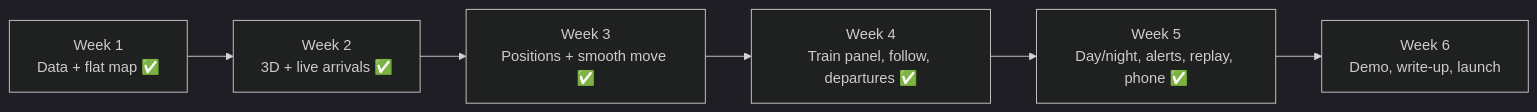
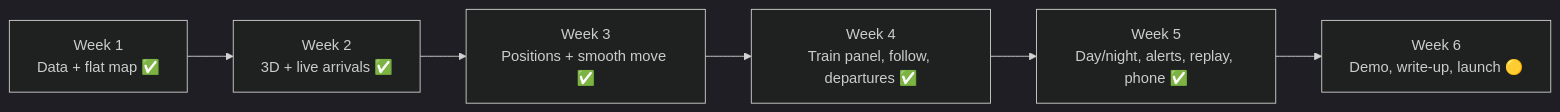
Before and after one commit to GOURAVPY/3d-UK-: the fourth of 4 diagrams in docs/FLOWCHART.md, drawn with Mermaid (dark theme).

Commit message:
Flowchart: Week 6 in progress

````diff
--- a/docs/FLOWCHART.md
+++ b/docs/FLOWCHART.md
@@ -47,8 +47,8 @@
 ```mermaid
 flowchart LR
     W1[Week 1<br/>Data + flat map ✅] --> W2[Week 2<br/>3D + live arrivals ✅]
     W2 --> W3[Week 3<br/>Positions + smooth move ✅]
     W3 --> W4[Week 4<br/>Train panel, follow, departures ✅]
     W4 --> W5[Week 5<br/>Day/night, alerts, replay, phone ✅]
-    W5 --> W6[Week 6<br/>Demo, write-up, launch]
+    W5 --> W6[Week 6<br/>Demo, write-up, launch 🟡]
 ```
````
